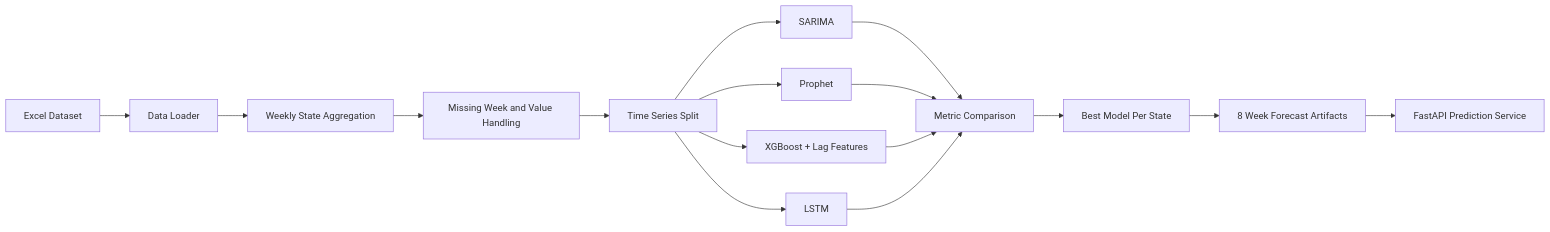
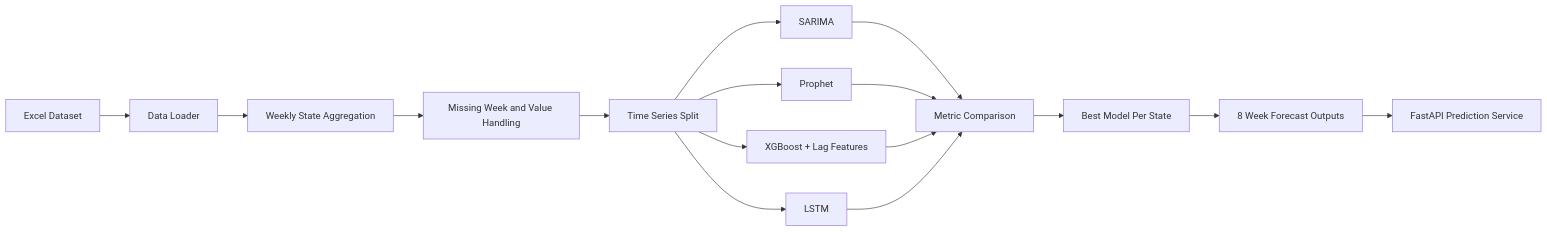
One commit to Saisrinivas-kamakoti/forecasting_system_sales changed the diagram in docs/ARCHITECTURE.md. Above: the diagram before and after it, drawn with Mermaid. The commit also changed other lines of this file and 21 other files, not shown here.

````diff
--- a/docs/ARCHITECTURE.md
+++ b/docs/ARCHITECTURE.md
@@ -3,18 +3,18 @@
 ```mermaid
 flowchart LR
     A["Excel Dataset"] --> B["Data Loader"]
     B --> C["Weekly State Aggregation"]
     C --> D["Missing Week and Value Handling"]
     D --> E["Time Series Split"]
     E --> F1["SARIMA"]
     E --> F2["Prophet"]
     E --> F3["XGBoost + Lag Features"]
     E --> F4["LSTM"]
     F1 --> G["Metric Comparison"]
     F2 --> G
     F3 --> G
     F4 --> G
     G --> H["Best Model Per State"]
-    H --> I["8 Week Forecast Artifacts"]
+    H --> I["8 Week Forecast Outputs"]
     I --> J["FastAPI Prediction Service"]
 ```
````
